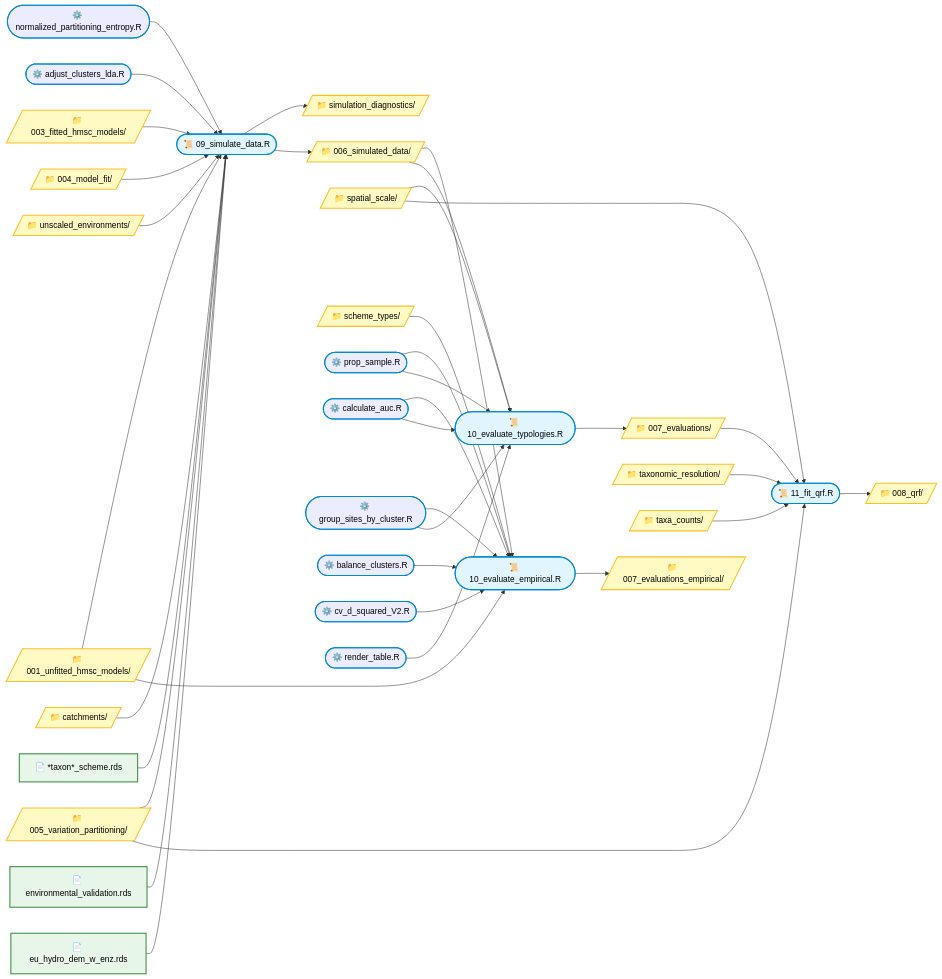
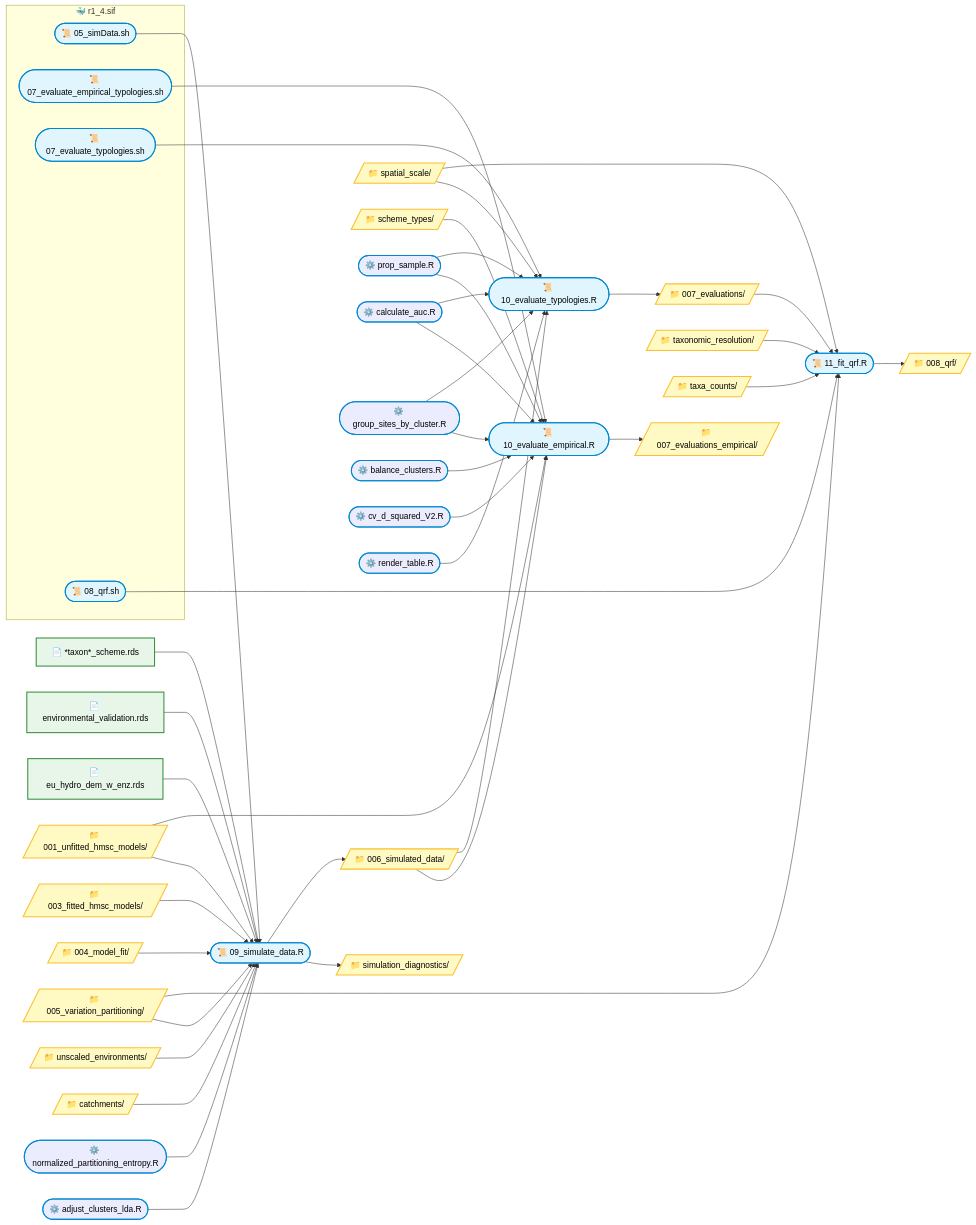
The diagram in docs/03_simulation_evaluation_qrf.md (JonJup/FreshwaterTypologyBenchmarks), drawn with Mermaid before and after one commit.

Commit message:
Add subgraph ContainerA with new scripts

````diff
--- a/docs/03_simulation_evaluation_qrf.md
+++ b/docs/03_simulation_evaluation_qrf.md
@@ -54,7 +54,12 @@
 H7(["⚙️ cv_d_squared_V2.R"]):::helper
 H8(["⚙️ render_table.R"]):::helper
 
-
+subgraph ContainerA ["🐳 r1_4.sif"]
+	S5(["📜 05_simData.sh"]):::script
+    S6(["📜 07_evaluate_empirical_typologies.sh"]):::script
+	S7(["📜 07_evaluate_typologies.sh"]):::script
+	S8(["📜 08_qrf.sh"]):::script
+end
 	
 %% 5. Draw the connections
 %% 5.1 Helper to script 
@@ -100,4 +105,11 @@
 S2 --> D11
 S3 --> D12
 S4 --> D13
+
+%% Shell to scripts
+S5 --> S1
+S6 --> S2
+S7 --> S3
+S8 --> S4
+
 ```
````
